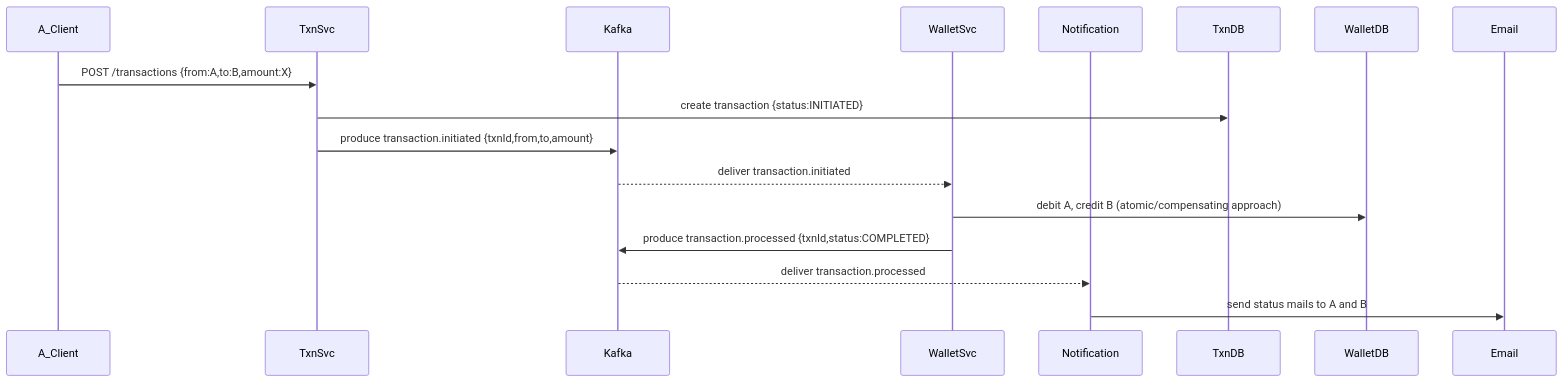
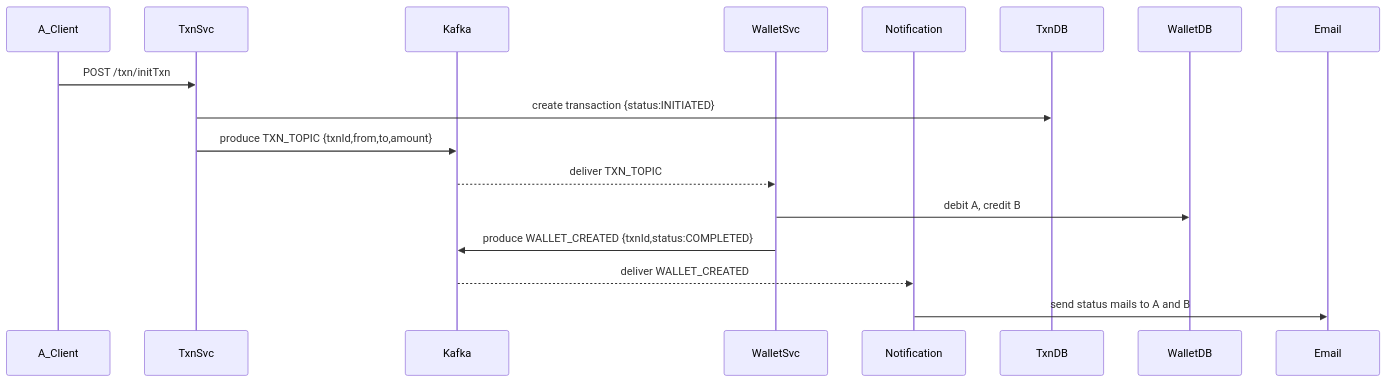
Before and after one commit to devrajeshkumar/ewallet: the third of 3 diagrams in readme.md, drawn with Mermaid. The commit also changed other lines of this file, not shown here.

````diff
--- a/readme.md
+++ b/readme.md
@@ -90,17 +90,17 @@
 ```mermaid
 sequenceDiagram
   participant A_Client
   participant TxnSvc
   participant Kafka
   participant WalletSvc
   participant Notification
 
-  A_Client->>TxnSvc: POST /transactions {from:A,to:B,amount:X}
+  A_Client->>TxnSvc: POST /txn/initTxn
   TxnSvc->>TxnDB: create transaction {status:INITIATED}
-  TxnSvc->>Kafka: produce transaction.initiated {txnId,from,to,amount}
-  Kafka-->>WalletSvc: deliver transaction.initiated
-  WalletSvc->>WalletDB: debit A, credit B (atomic/compensating approach)
-  WalletSvc->>Kafka: produce transaction.processed {txnId,status:COMPLETED}
-  Kafka-->>Notification: deliver transaction.processed
+  TxnSvc->>Kafka: produce TXN_TOPIC {txnId,from,to,amount}
+  Kafka-->>WalletSvc: deliver TXN_TOPIC
+  WalletSvc->>WalletDB: debit A, credit B
+  WalletSvc->>Kafka: produce WALLET_CREATED {txnId,status:COMPLETED}
+  Kafka-->>Notification: deliver WALLET_CREATED
   Notification->>Email: send status mails to A and B
 ```
````
